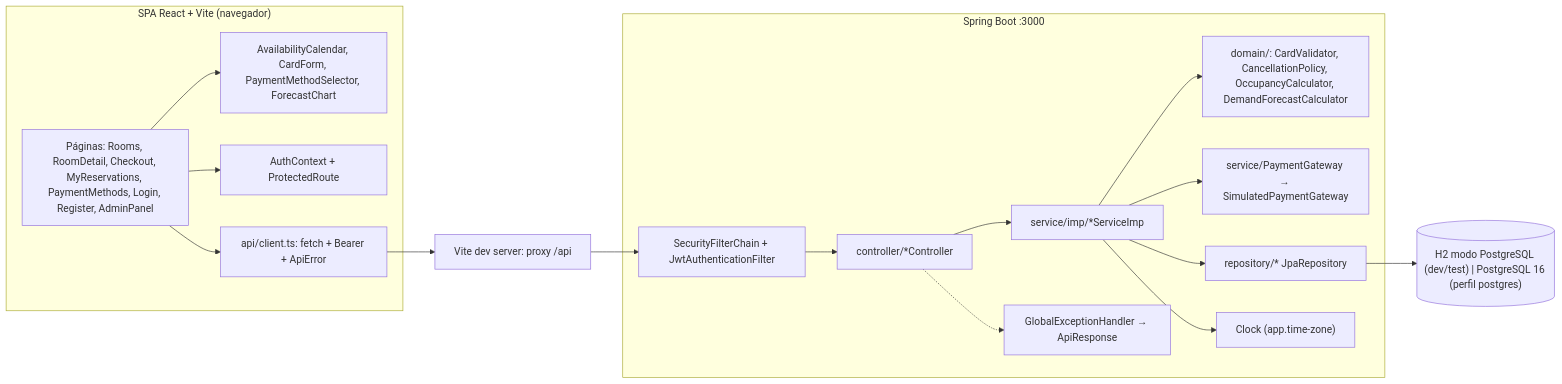
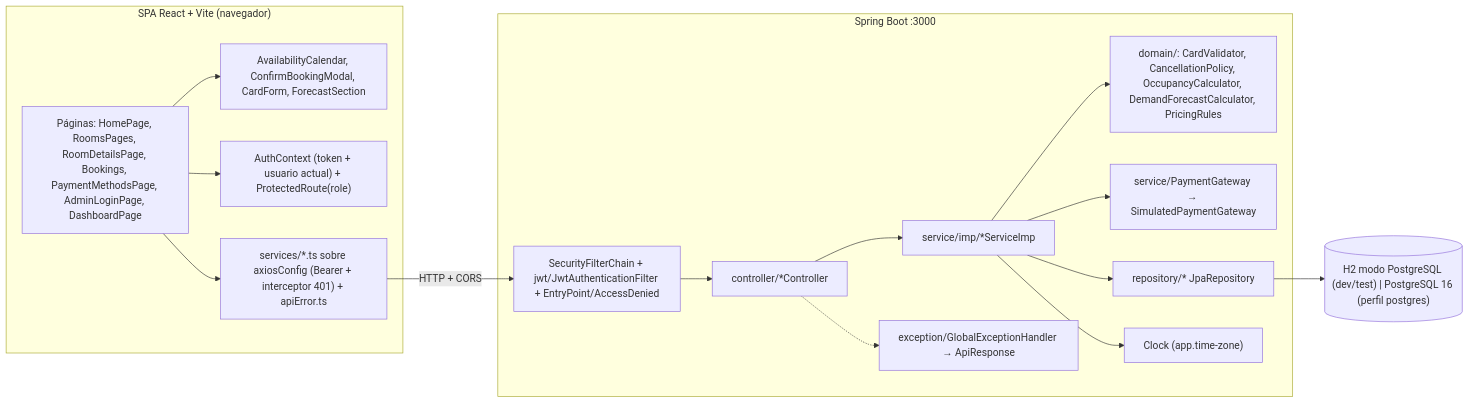
The first of 2 diagrams in docs/architecture/ARCHITECTURE.md (ShiirooS/proyecto1-dsaia), drawn with Mermaid before and after one commit. The commit also changed other lines of this file and 15 other files, not shown here.

````diff
--- a/docs/architecture/ARCHITECTURE.md
+++ b/docs/architecture/ARCHITECTURE.md
@@ -64,32 +75,31 @@
 ```mermaid
 flowchart LR
   subgraph SPA["SPA React + Vite (navegador)"]
-    Pages["Páginas: Rooms, RoomDetail, Checkout, MyReservations, PaymentMethods, Login, Register, AdminPanel"]
-    Widgets["AvailabilityCalendar, CardForm, PaymentMethodSelector, ForecastChart"]
-    AuthCtx["AuthContext + ProtectedRoute"]
-    ApiClient["api/client.ts: fetch + Bearer + ApiError"]
+    Pages["Páginas: HomePage, RoomsPages, RoomDetailsPage, Bookings, PaymentMethodsPage, AdminLoginPage, DashboardPage"]
+    Widgets["AvailabilityCalendar, ConfirmBookingModal, CardForm, ForecastSection"]
+    AuthCtx["AuthContext (token + usuario actual) + ProtectedRoute(role)"]
+    Svc["services/*.ts sobre axiosConfig (Bearer + interceptor 401) + apiError.ts"]
     Pages --> Widgets
     Pages --> AuthCtx
-    Pages --> ApiClient
+    Pages --> Svc
   end
-  Proxy["Vite dev server: proxy /api"]
   subgraph API["Spring Boot :3000"]
-    Sec["SecurityFilterChain + JwtAuthenticationFilter"]
+    Sec["SecurityFilterChain + jwt/JwtAuthenticationFilter + EntryPoint/AccessDenied"]
     Ctrl["controller/*Controller"]
-    Svc["service/imp/*ServiceImp"]
-    Domain["domain/: CardValidator, CancellationPolicy, OccupancyCalculator, DemandForecastCalculator"]
+    SvcB["service/imp/*ServiceImp"]
+    Domain["domain/: CardValidator, CancellationPolicy, OccupancyCalculator, DemandForecastCalculator, PricingRules"]
     Gw["service/PaymentGateway → SimulatedPaymentGateway"]
     Repo["repository/* JpaRepository"]
     Clk["Clock (app.time-zone)"]
-    Err["GlobalExceptionHandler → ApiResponse"]
-    Sec --> Ctrl --> Svc
-    Svc --> Domain
-    Svc --> Gw
-    Svc --> Repo
-    Svc --> Clk
+    Err["exception/GlobalExceptionHandler → ApiResponse"]
+    Sec --> Ctrl --> SvcB
+    SvcB --> Domain
+    SvcB --> Gw
+    SvcB --> Repo
+    SvcB --> Clk
     Ctrl -.-> Err
   end
   DB[("H2 modo PostgreSQL (dev/test) | PostgreSQL 16 (perfil postgres)")]
-  ApiClient --> Proxy --> Sec
+  Svc -->|"HTTP + CORS"| Sec
   Repo --> DB
 ```
````
